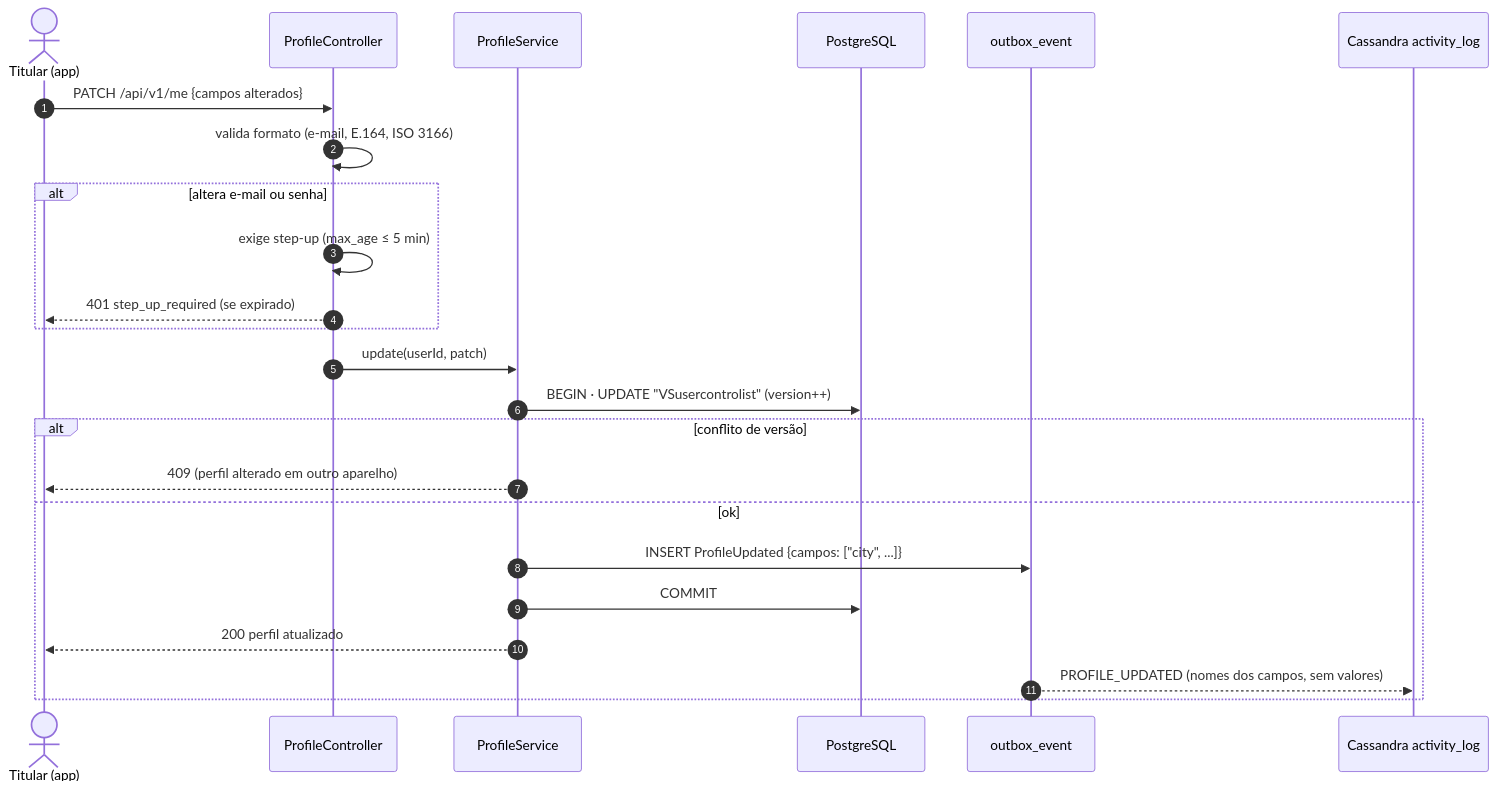
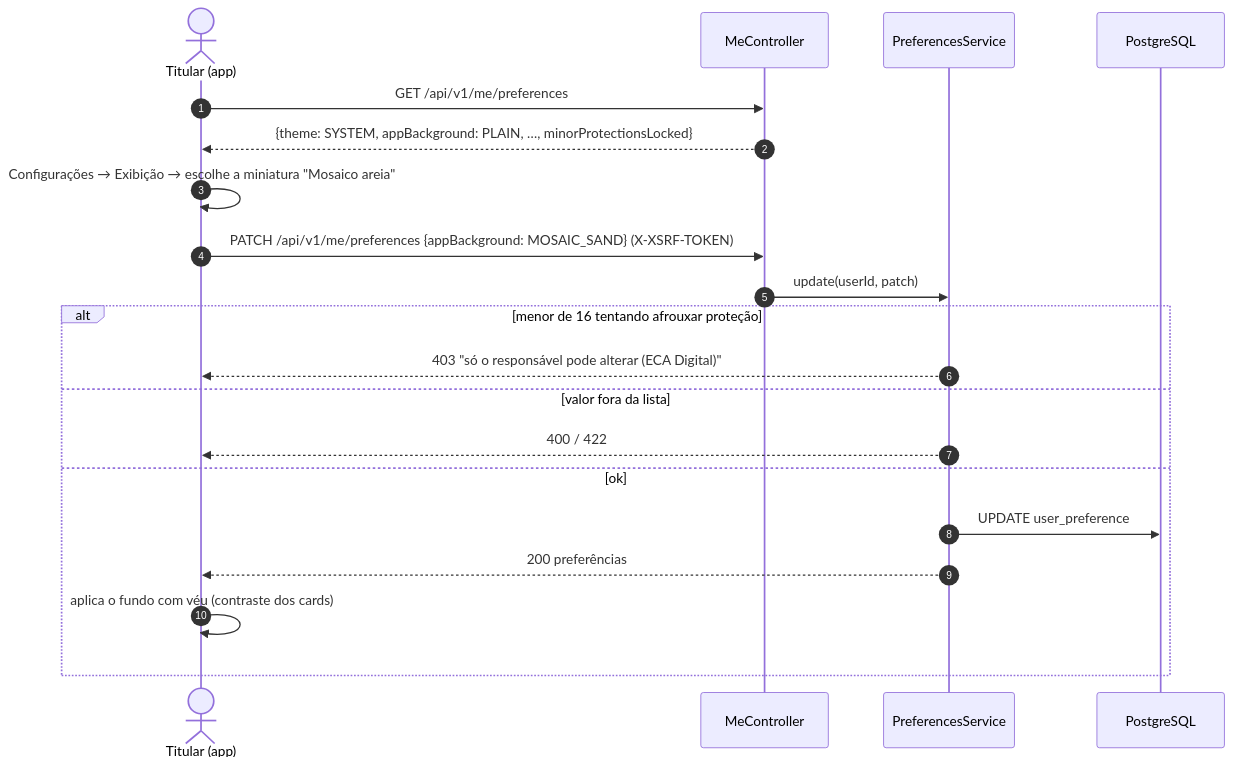
Before and after one commit to MatheusHaliski/orange_social_velion: the first of 2 diagrams in docs/rf/RF02-editar-perfil.md, drawn with Mermaid. The commit also changed other lines of this file and 78 other files, not shown here.

````diff
--- a/docs/rf/RF02-editar-perfil.md
+++ b/docs/rf/RF02-editar-perfil.md
@@ -37,27 +58,23 @@
 ```mermaid
 sequenceDiagram
     autonumber
     actor T as Titular (app)
-    participant API as ProfileController
-    participant S as ProfileService
+    participant API as MeController
+    participant S as PreferencesService
     participant DB as PostgreSQL
-    participant OB as outbox_event
-    participant LOG as Cassandra activity_log
 
-    T->>API: PATCH /api/v1/me {campos alterados}
-    API->>API: valida formato (e-mail, E.164, ISO 3166)
-    alt altera e-mail ou senha
-        API->>API: exige step-up (max_age ≤ 5 min)
-        API-->>T: 401 step_up_required (se expirado)
-    end
+    T->>API: GET /api/v1/me/preferences
+    API-->>T: {theme: SYSTEM, appBackground: PLAIN, …, minorProtectionsLocked}
+    T->>T: Configurações → Exibição → escolhe a miniatura "Mosaico areia"
+    T->>API: PATCH /api/v1/me/preferences {appBackground: MOSAIC_SAND} (X-XSRF-TOKEN)
     API->>S: update(userId, patch)
-    S->>DB: BEGIN · UPDATE "VSusercontrolist" (version++)
-    alt conflito de versão
-        S-->>T: 409 (perfil alterado em outro aparelho)
+    alt menor de 16 tentando afrouxar proteção
+        S-->>T: 403 "só o responsável pode alterar (ECA Digital)"
+    else valor fora da lista
+        S-->>T: 400 / 422
     else ok
-        S->>OB: INSERT ProfileUpdated {campos: ["city", ...]}
-        S->>DB: COMMIT
-        S-->>T: 200 perfil atualizado
-        OB-->>LOG: PROFILE_UPDATED (nomes dos campos, sem valores)
+        S->>DB: UPDATE user_preference
+        S-->>T: 200 preferências
+        T->>T: aplica o fundo com véu (contraste dos cards)
     end
 ```
````
